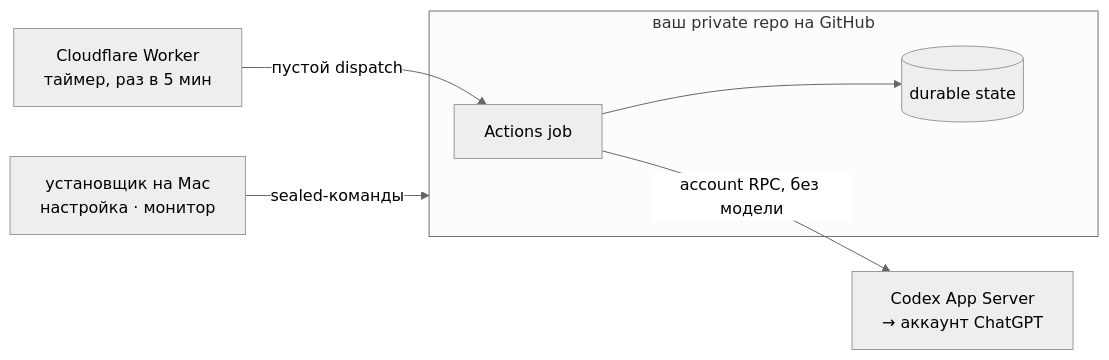
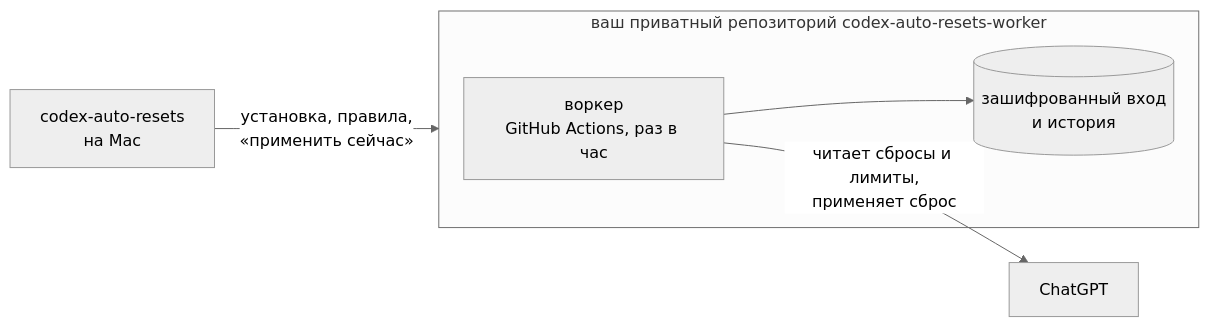
Before and after one commit to Keshaqaz/ares: the diagram in docs/README.ru.md, drawn with Mermaid (neutral theme). The commit also changed other lines of this file and 18 other files, not shown here.

````diff
--- a/docs/README.ru.md
+++ b/docs/README.ru.md
@@ -38,9 +65,8 @@
 ```mermaid
 flowchart LR
-  W["Cloudflare Worker<br/>таймер, раз в 5 мин"] -- пустой dispatch --> A
-  subgraph GH["ваш private repo на GitHub"]
-    A["Actions job"] --> S[("durable state")]
+  CLI["codex-auto-resets<br/>на Mac"] -- "установка, правила,<br/>«применить сейчас»" --> R
+  subgraph R["ваш приватный репозиторий codex-auto-resets-worker"]
+    W["воркер<br/>GitHub Actions, раз в час"] --> S[("зашифрованный вход<br/>и история")]
   end
-  A -- "account RPC, без модели" --> C["Codex App Server<br/>→ аккаунт ChatGPT"]
-  M["установщик на Mac<br/>настройка · монитор"] -- sealed-команды --> GH
+  W -- "читает сбросы и лимиты,<br/>применяет сброс" --> C["ChatGPT"]
 ```
````
